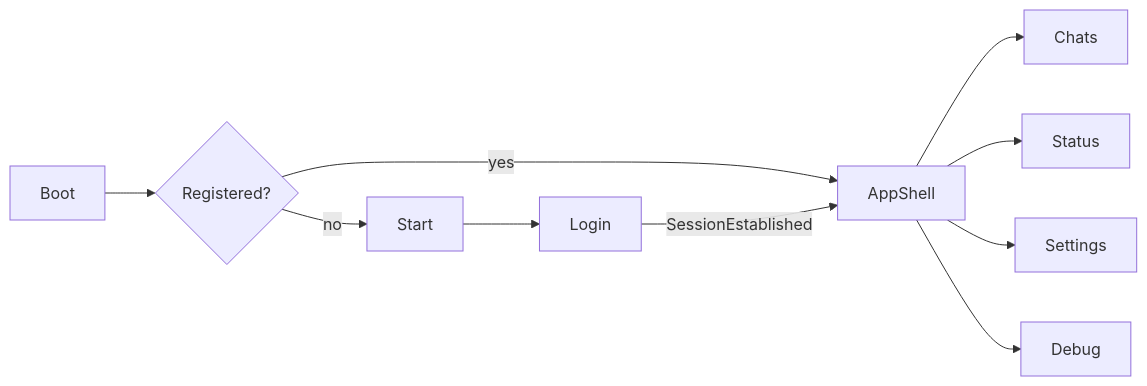
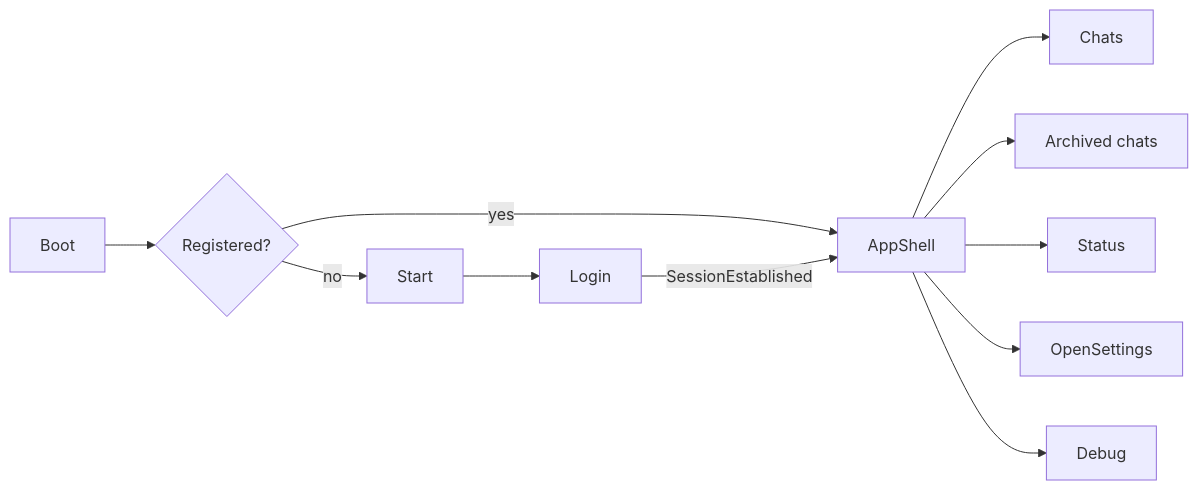
The diagram in docs/wiki/UI-and-Shell.md (MaskNinjaSquared/Unison), drawn with Mermaid before and after one commit. The commit also changed other lines of this file and 183 other files, not shown here.

````diff
--- a/docs/wiki/UI-and-Shell.md
+++ b/docs/wiki/UI-and-Shell.md
@@ -11,12 +13,13 @@
 ```mermaid
 flowchart LR
     Boot[Boot] --> Decision{Registered?}
     Decision -->|yes| Shell[AppShell]
     Decision -->|no| Start[Start]
     Start --> Login[Login]
     Login -->|SessionEstablished| Shell
     Shell --> Chats[Chats]
+    Shell --> Archived[Archived chats]
     Shell --> Status[Status]
-    Shell --> Settings[Settings]
+    Shell --> Settings[OpenSettings]
     Shell --> Debug[Debug]
 ```
````
